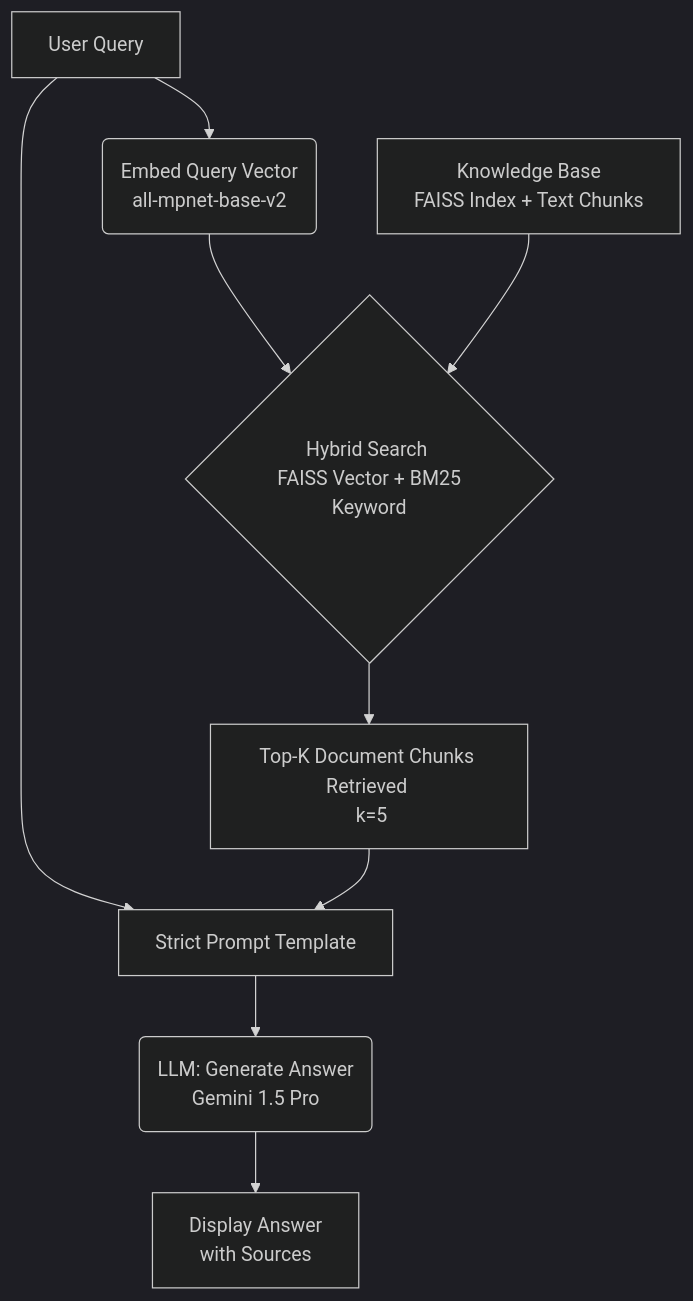
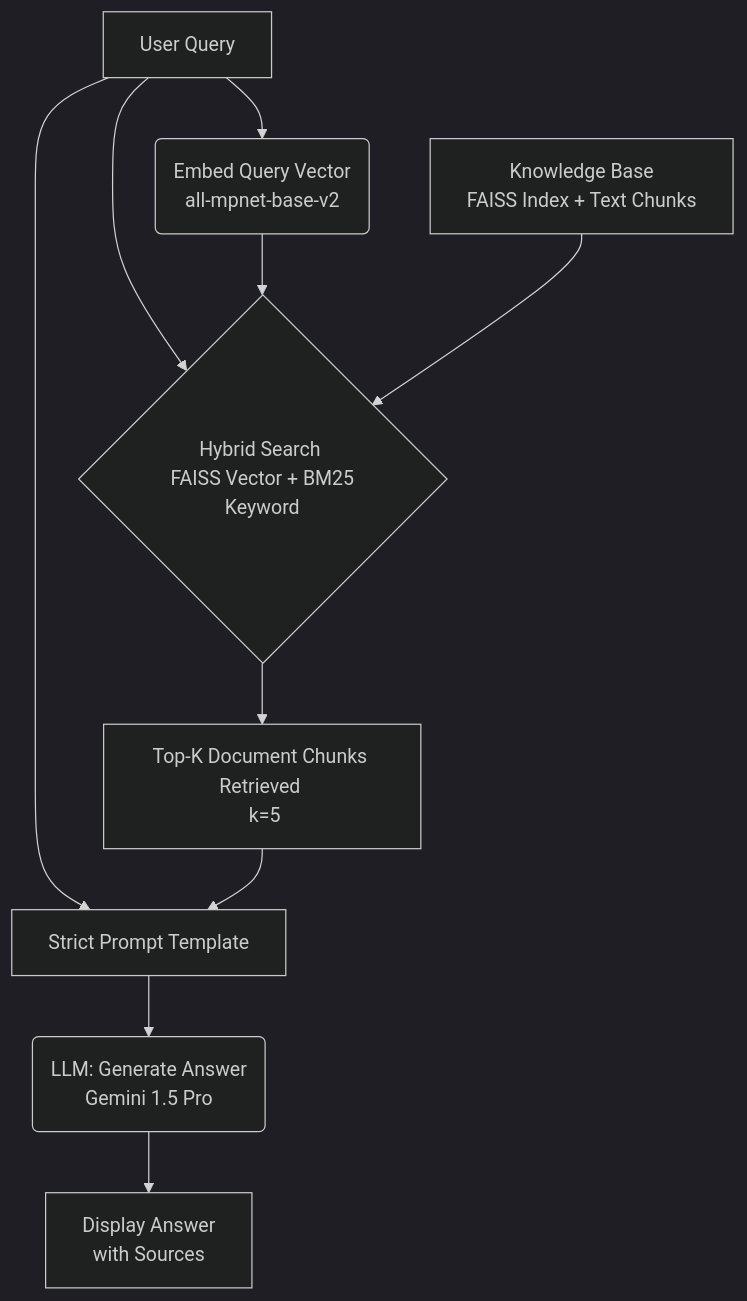
Before and after one commit to leonkato/ragtime: the diagram in index.md, drawn with Mermaid (dark theme). The commit also changed other lines of this file, not shown here.

Commit message:
Correct diagram

````diff
--- a/index.md
+++ b/index.md
@@ -15,11 +15,12 @@
 ```mermaid
 graph TD
     A[User Query] --> B(Embed Query Vector <br> all-mpnet-base-v2);
-    B --> C{Hybrid Search <br> FAISS Vector + BM25 Keyword};
+    A --> C{Hybrid Search <br> FAISS Vector + BM25 Keyword};
+    B --> C;
     D[Knowledge Base <br> FAISS Index + Text Chunks] --> C;
     C --> E[Top-K Document Chunks Retrieved <br> k=5];
     A --> F[Strict Prompt Template];
     E --> F;
     F --> G(LLM: Generate Answer <br> Gemini 1.5 Pro);
     G --> H[Display Answer <br> with Sources];
 ```
````
